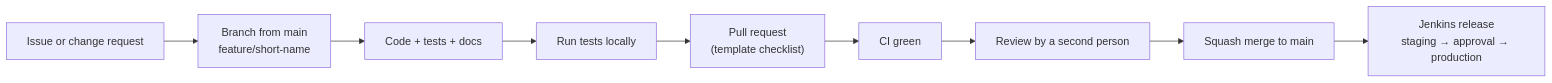
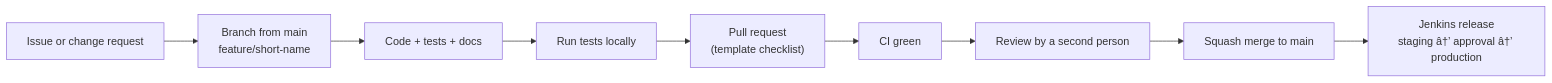
One commit to Alexeitor292/ERIS_REACT_native changed the diagram in docs/development/conventions.md. Above: the diagram before and after it, drawn with Mermaid. The commit also changed other lines of this file and 338 other files, not shown here.

````diff
--- a/docs/development/conventions.md
+++ b/docs/development/conventions.md
@@ -8,11 +8,11 @@
 ```mermaid
 flowchart LR
     issue["Issue or change request"] --> branch["Branch from main<br/>feature/short-name"]
     branch --> code["Code + tests + docs"]
     code --> local["Run tests locally"]
     local --> pr["Pull request<br/>(template checklist)"]
     pr --> ci["CI green"]
     ci --> review["Review by a second person"]
     review --> merge["Squash merge to main"]
-    merge --> jenkins["Jenkins release<br/>staging → approval → production"]
+    merge --> jenkins["Jenkins release<br/>staging â†’ approval â†’ production"]
 ```
````
